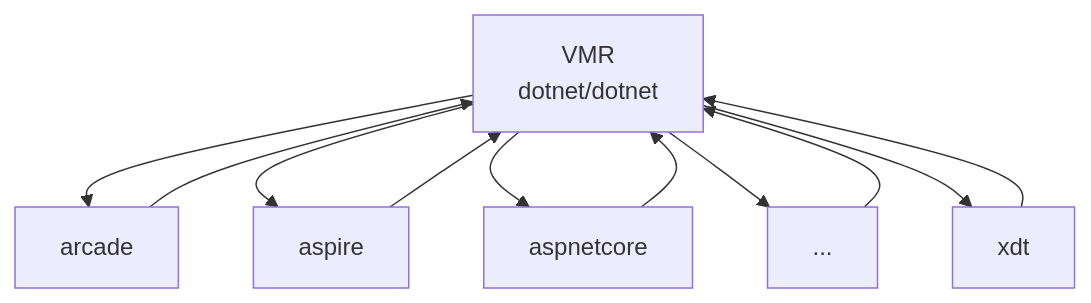
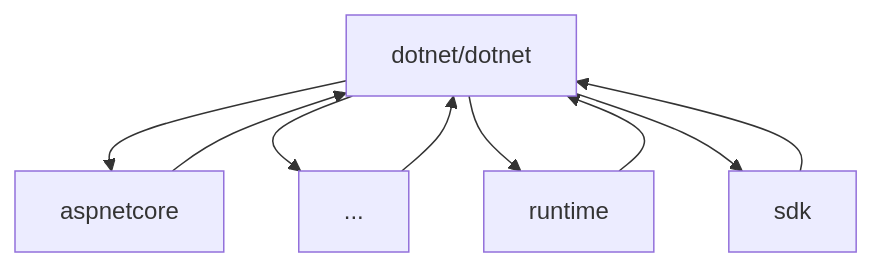
One commit to dotnet/arcade changed the second of 2 diagrams in Documentation/UnifiedBuild/Flat flow migration guide.md. Above: the diagram before and after it, drawn with Mermaid. The commit also changed other lines of this file, not shown here.

Commit message:
Remove arcade from the graph

````diff
--- a/Documentation/UnifiedBuild/Flat flow migration guide.md
+++ b/Documentation/UnifiedBuild/Flat flow migration guide.md
@@ -88,16 +67,17 @@
 ```mermaid
 graph TD
-    VMR[VMR<br />dotnet/dotnet]
+    VMR[dotnet/dotnet] --> aspnetcore
+    VMR --> other
+    VMR --> runtime
+    VMR --> sdk
 
-    arcade --> VMR
-    aspire --> VMR
+    aspnetcore
+    other[...]
+    runtime
+    sdk
+
     aspnetcore --> VMR
-    other[...] --> VMR
-    xdt --> VMR
-    
-    VMR --> arcade
-    VMR --> aspire
-    VMR --> aspnetcore
-    VMR --> other
-    VMR --> xdt
+    other --> VMR
+    runtime --> VMR
+    sdk --> VMR
 ```
````
